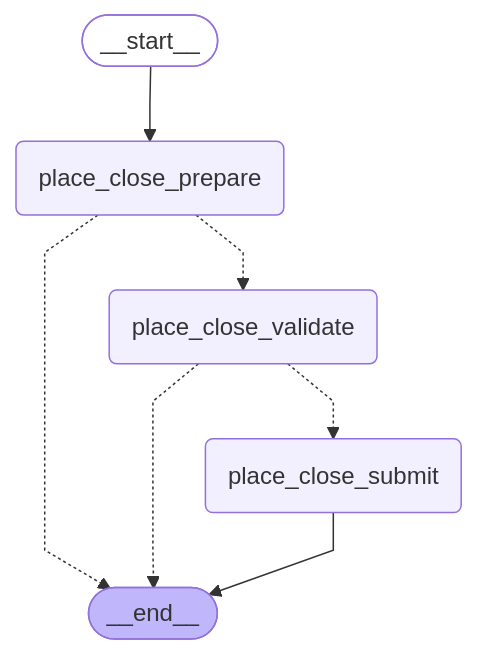
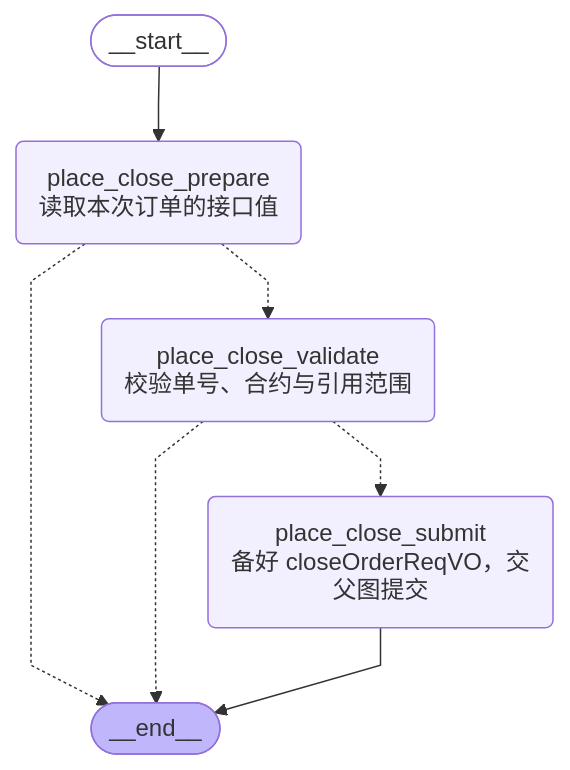
One commit to HXLoong/aigc-langgraph-main changed the diagram in docs/architecture/close-place-flow.md. Above: the diagram before and after it, drawn with Mermaid. The commit also changed 17 other files, not shown here.

````diff
--- a/docs/architecture/close-place-flow.md
+++ b/docs/architecture/close-place-flow.md
@@ -7,22 +7,22 @@
 ```mermaid
 ---
 config:
   flowchart:
     curve: linear
 ---
 graph TD;
 	__start__([<p>__start__</p>]):::first
-	place_close_prepare(place_close_prepare)
-	place_close_validate(place_close_validate)
-	place_close_submit(place_close_submit)
+	place_close_prepare(place_close_prepare<br/>读取本次订单的接口值)
+	place_close_validate(place_close_validate<br/>校验单号、合约与引用范围)
+	place_close_submit(place_close_submit<br/>备好 closeOrderReqVO，交父图提交)
 	__end__([<p>__end__</p>]):::last
 	__start__ --> place_close_prepare;
 	place_close_prepare -.-> __end__;
 	place_close_prepare -.-> place_close_validate;
 	place_close_validate -.-> __end__;
 	place_close_validate -.-> place_close_submit;
 	place_close_submit --> __end__;
 	classDef default fill:#f2f0ff,line-height:1.2
 	classDef first fill-opacity:0
 	classDef last fill:#bfb6fc
 ```
````
